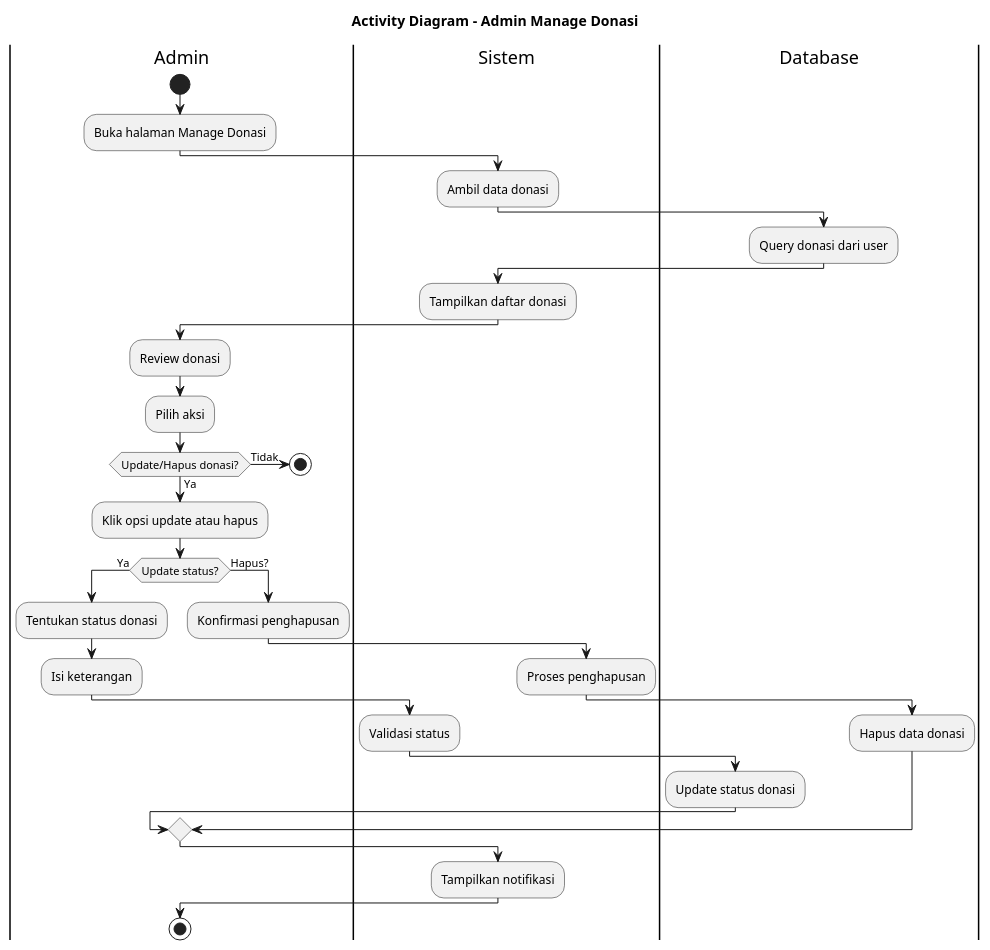
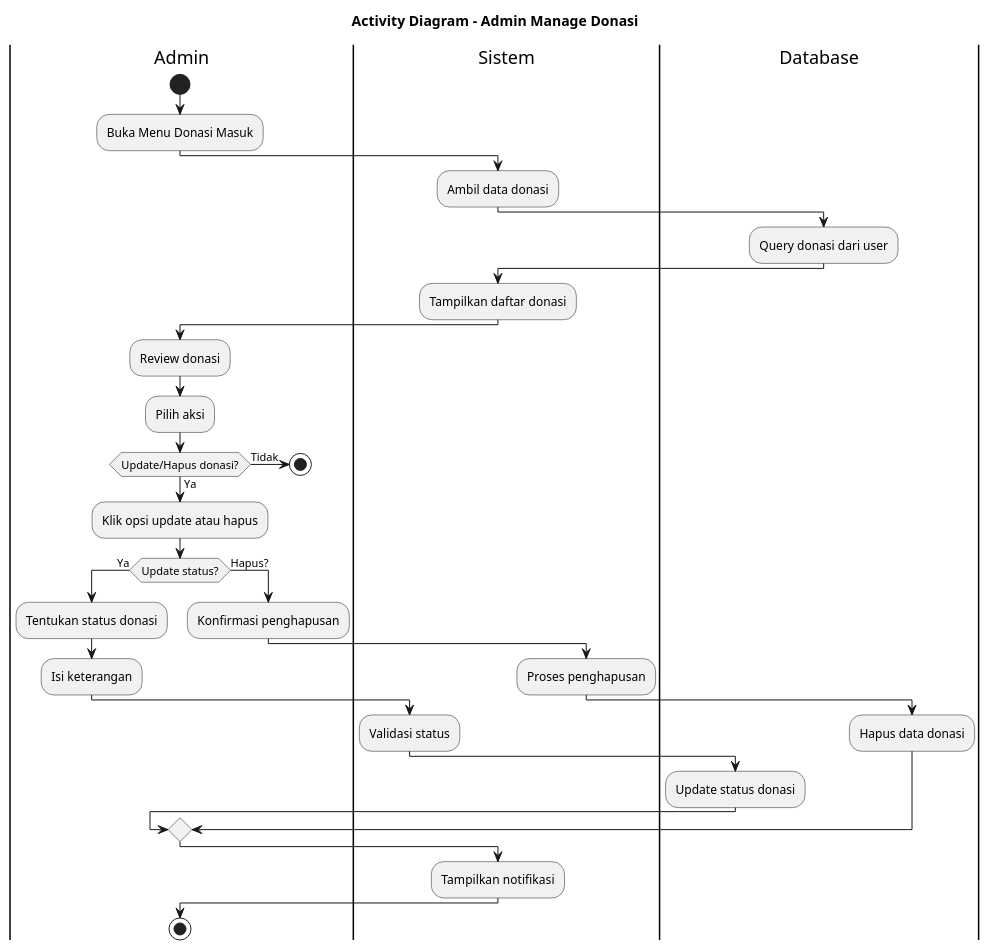
One commit to jaddu17/capstonepmikp changed the diagram in diagram/activitydiagram_admin_manage_donasi.puml. Above: the diagram before and after it, drawn with PlantUML. The commit also changed 20 other files, not shown here.

```diff
--- a/diagram/activitydiagram_admin_manage_donasi.puml
+++ b/diagram/activitydiagram_admin_manage_donasi.puml
@@ -1,53 +1,53 @@
 @startuml ACTIVITY_DIAGRAM_ADMIN_MANAGE_DONASI
 title Activity Diagram - Admin Manage Donasi
 
 |Admin|
 start
-:Buka halaman Manage Donasi;
+:Buka Menu Donasi Masuk;
 
 |Sistem|
 :Ambil data donasi;
 
 |Database|
 :Query donasi dari user;
 
 |Sistem|
 :Tampilkan daftar donasi;
 
 |Admin|
 :Review donasi;
 :Pilih aksi;
 if (Update/Hapus donasi?) then (Ya)
   :Klik opsi update atau hapus;
 else (Tidak)
   stop
 endif
 
 if (Update status?) then (Ya)
   |Admin|
   :Tentukan status donasi;
   :Isi keterangan;
 
   |Sistem|
   :Validasi status;
 
   |Database|
   :Update status donasi;
 else (Hapus?)
   |Admin|
   :Konfirmasi penghapusan;
 
   |Sistem|
   :Proses penghapusan;
 
   |Database|
   :Hapus data donasi;
 endif
 
 |Sistem|
 :Tampilkan notifikasi;
 
 |Admin|
 stop
 
 @enduml
```
